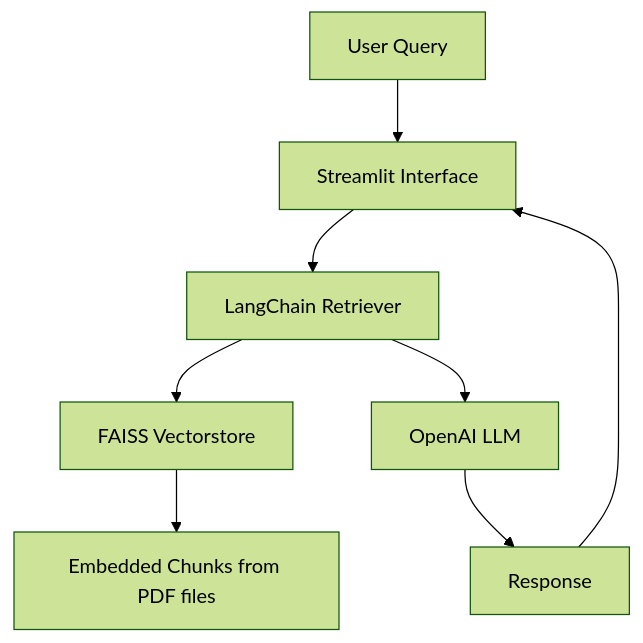
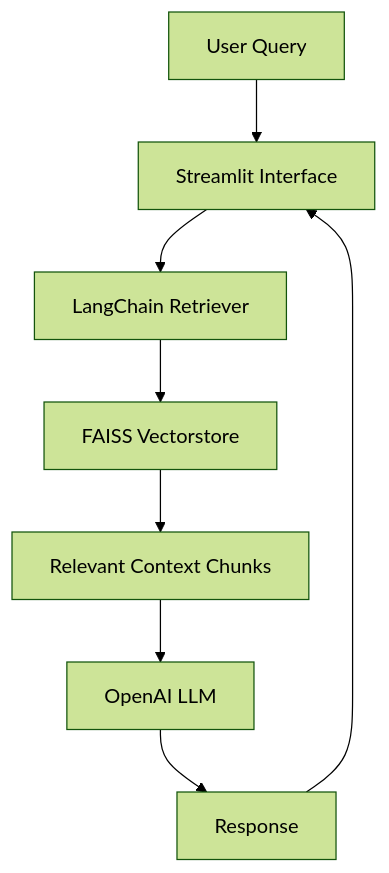
One commit to nikhil-tibrewal/rag_chatbot changed the first of 2 diagrams in README.md. Above: the diagram before and after it, drawn with Mermaid (forest theme). The commit also changed other lines of this file, not shown here.

Commit message:
Make separate diagrams for retrieval and generation flows

````diff
--- a/README.md
+++ b/README.md
@@ -9,10 +12,10 @@
 ```mermaid
 graph TD
     A[User Query] --> B[Streamlit Interface]
     B --> C[LangChain Retriever]
     C --> D[FAISS Vectorstore]
-    C --> E[OpenAI LLM]
-    D --> F[Embedded Chunks from PDF files]
-    E --> G[Response]
+    D --> E[Relevant Context Chunks]
+    E --> F[OpenAI LLM]
+    F --> G[Response]
     G --> B
 ```
````
